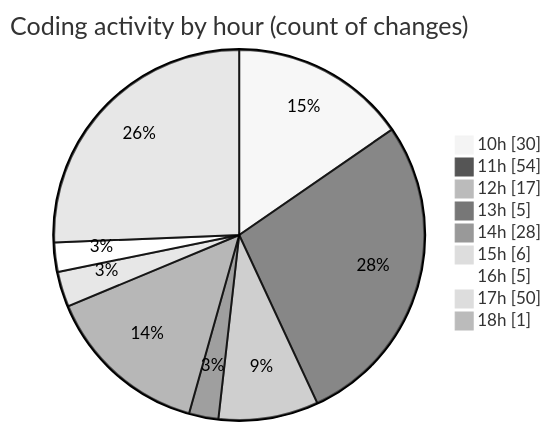
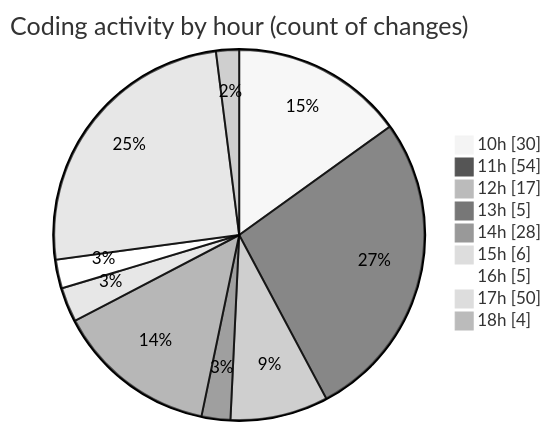
The second of 2 diagrams in 2025-05-01/cda/README.md (momahboobian/code-tracking), drawn with Mermaid (neutral theme) before and after one commit. The commit also changed other lines of this file and 1 other file, not shown here.

````diff
--- a/2025-05-01/cda/README.md
+++ b/2025-05-01/cda/README.md
@@ -46,13 +46,13 @@
 ```mermaid
 pie showData
 title Coding activity by hour (count of changes)
 "10h" : 30
 "11h" : 54
 "12h" : 17
 "13h" : 5
 "14h" : 28
 "15h" : 6
 "16h" : 5
 "17h" : 50
-"18h" : 1
+"18h" : 4
 ```
````
